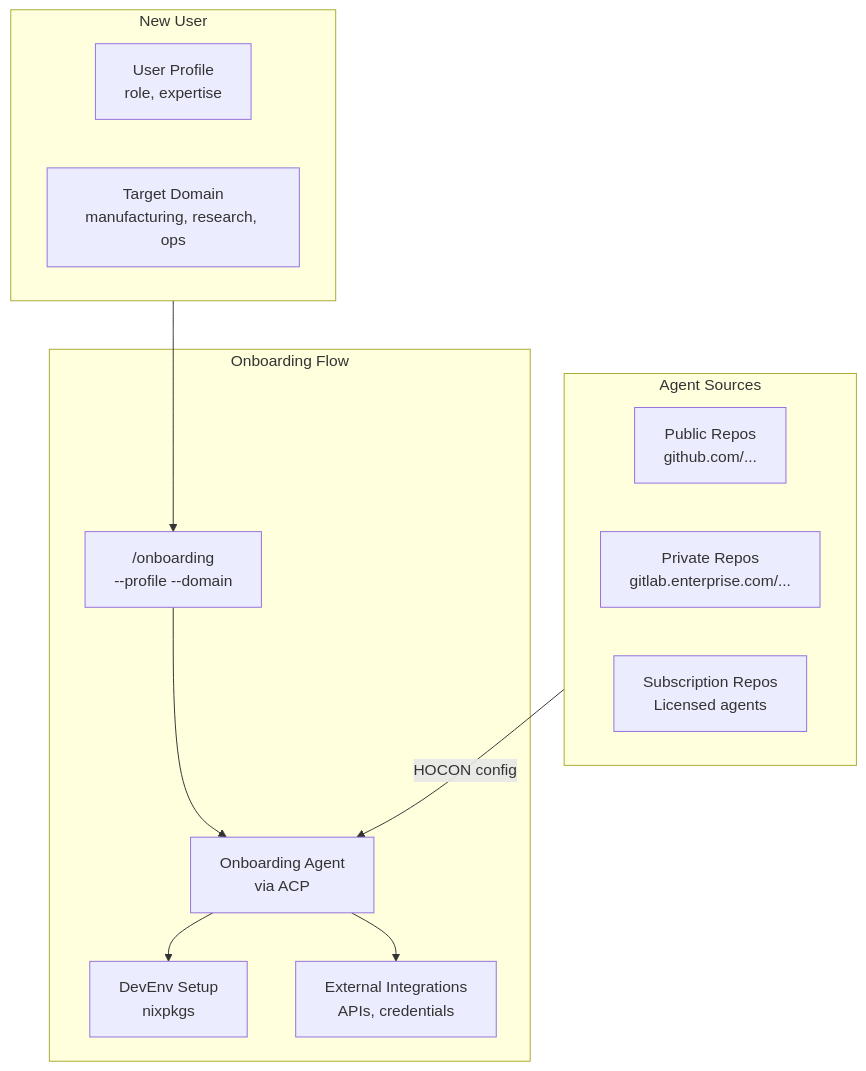
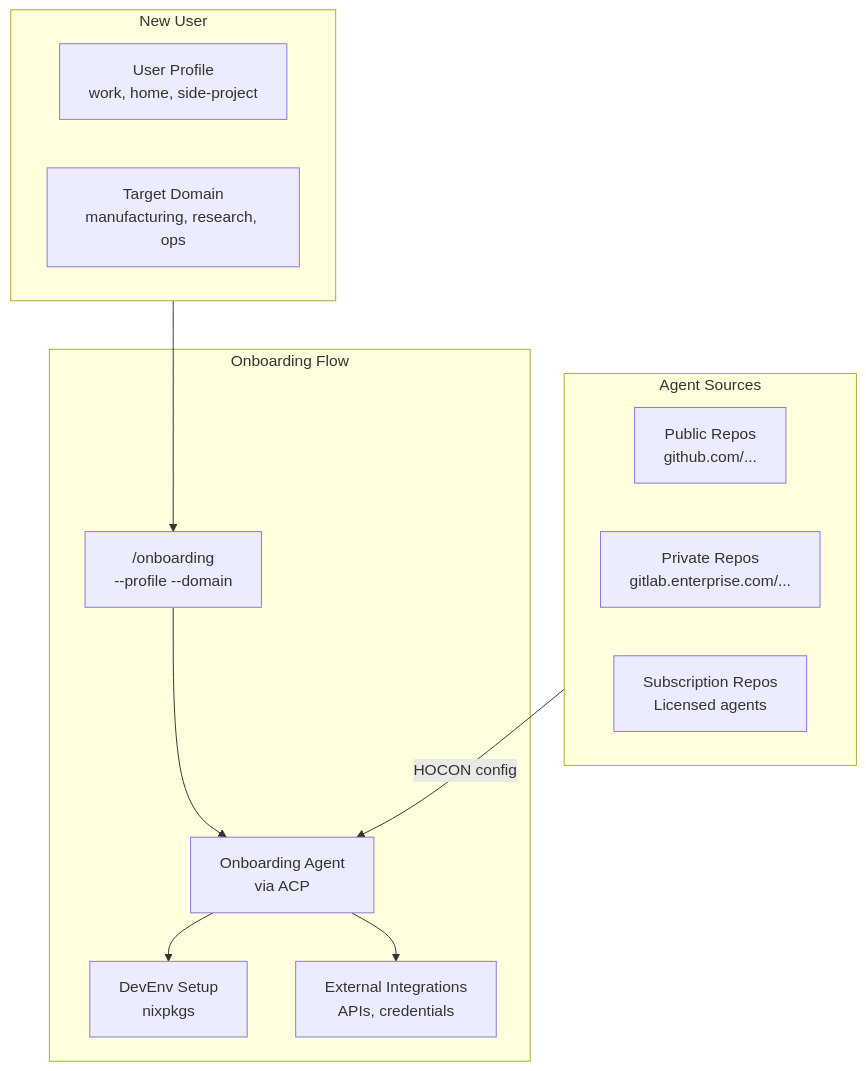
One commit to zndx/gaius changed the first of 4 diagrams in design/src/onboarding.md. Above: the diagram before and after it, drawn with Mermaid. The commit also changed other lines of this file, not shown here.

First line of the commit message:
Fix profile semantics: context/perspective not role

````diff
--- a/design/src/onboarding.md
+++ b/design/src/onboarding.md
@@ -16,26 +16,26 @@
 ```mermaid
 flowchart TB
     subgraph User["New User"]
-        Profile[User Profile<br/>role, expertise]
+        Profile[User Profile<br/>work, home, side-project]
         Domain[Target Domain<br/>manufacturing, research, ops]
     end
 
     subgraph Onboarding["Onboarding Flow"]
         Command["#47;onboarding<br/>--profile --domain"]
         Agent[Onboarding Agent<br/>via ACP]
         DevEnv[DevEnv Setup<br/>nixpkgs]
         Integrations[External Integrations<br/>APIs, credentials]
     end
 
     subgraph AgentSources["Agent Sources"]
         Public[Public Repos<br/>github.com/...]
         Private[Private Repos<br/>gitlab.enterprise.com/...]
         Subscription[Subscription Repos<br/>Licensed agents]
     end
 
     User --> Command
     Command --> Agent
     AgentSources --> |"HOCON config"| Agent
     Agent --> DevEnv
     Agent --> Integrations
 ```
````
